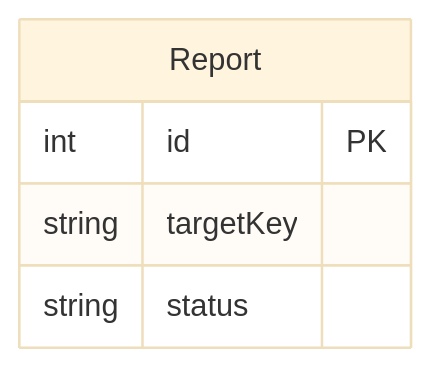
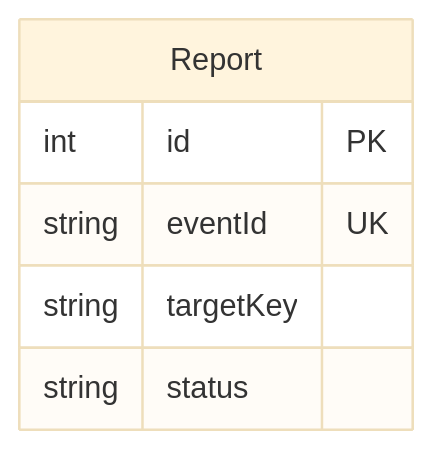
One commit to luke0408/blog-erd changed the first of 10 diagrams in docs/request-failure-management.md. Above: the diagram before and after it, drawn with Mermaid (base theme). The commit also changed other lines of this file and 5 other files, not shown here.

Commit message:
docs(erd): reorder student questions by design requirements

````diff
--- a/docs/request-failure-management.md
+++ b/docs/request-failure-management.md
@@ -17,8 +22,9 @@
 ```mermaid
 erDiagram
     Report {
         int id PK
+        string eventId UK
         string targetKey
         string status
     }
 ```
````
